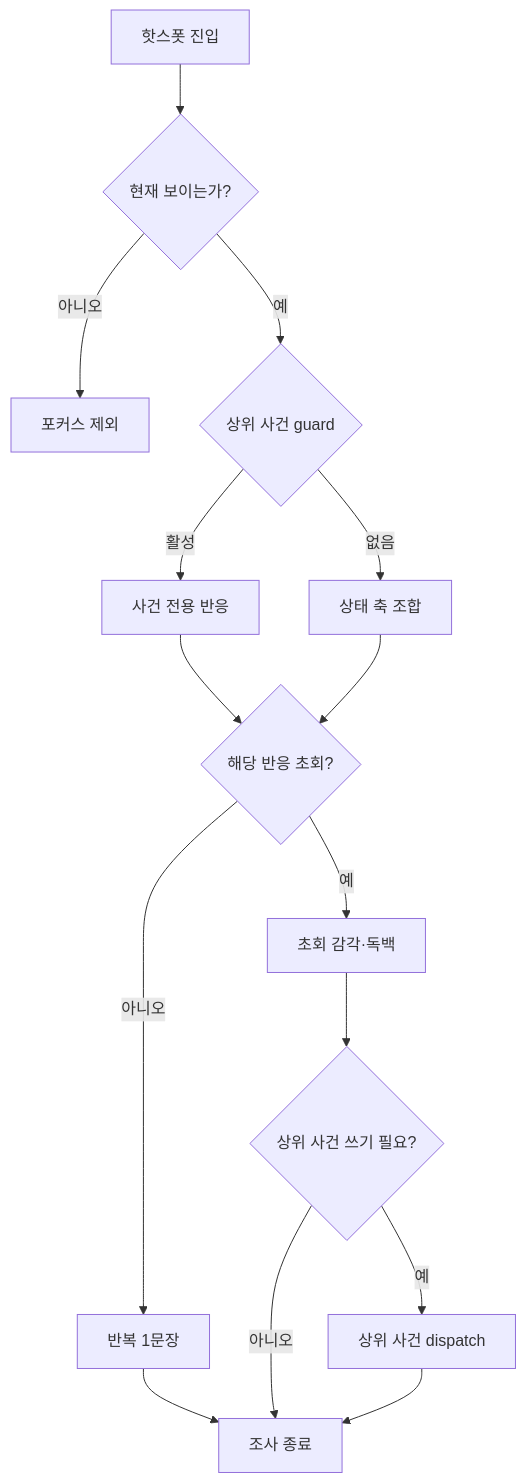
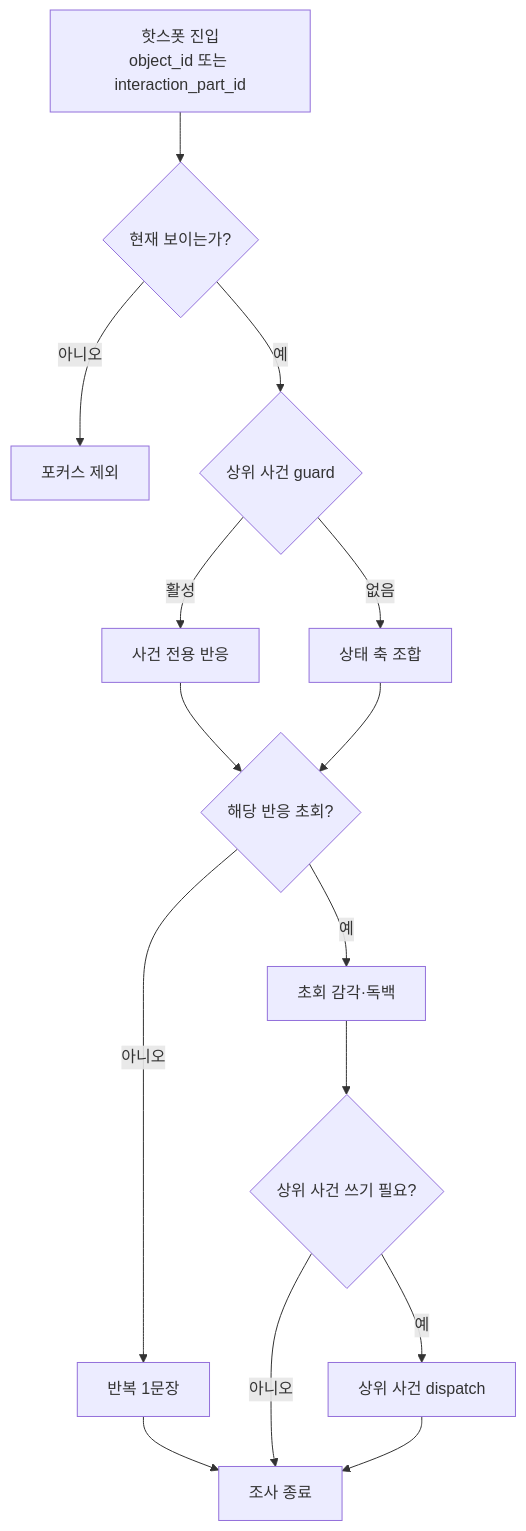
The diagram in ideas/md/v04/15_이벤트상세_10_공통오브젝트반응.md (devb-eru/ggb), drawn with Mermaid before and after one commit. The commit also changed other lines of this file and 17 other files, not shown here.

````diff
--- a/ideas/md/v04/15_이벤트상세_10_공통오브젝트반응.md
+++ b/ideas/md/v04/15_이벤트상세_10_공통오브젝트반응.md
@@ -900,17 +1031,17 @@
 ```mermaid
 flowchart TD
-    H["핫스폿 진입"] --> V{"현재 보이는가?"}
+    H["핫스폿 진입<br/>object_id 또는 interaction_part_id"] --> V{"현재 보이는가?"}
     V -- "아니오" --> NONE["포커스 제외"]
     V -- "예" --> G{"상위 사건 guard"}
     G -- "활성" --> EVENT["사건 전용 반응"]
     G -- "없음" --> STATE["상태 축 조합"]
     EVENT --> FIRST{"해당 반응 초회?"}
     STATE --> FIRST
     FIRST -- "예" --> F["초회 감각·독백"]
     FIRST -- "아니오" --> R["반복 1문장"]
     F --> W{"상위 사건 쓰기 필요?"}
     R --> EXIT["조사 종료"]
     W -- "예" --> DISPATCH["상위 사건 dispatch"]
     W -- "아니오" --> EXIT
     DISPATCH --> EXIT
 ```
````
